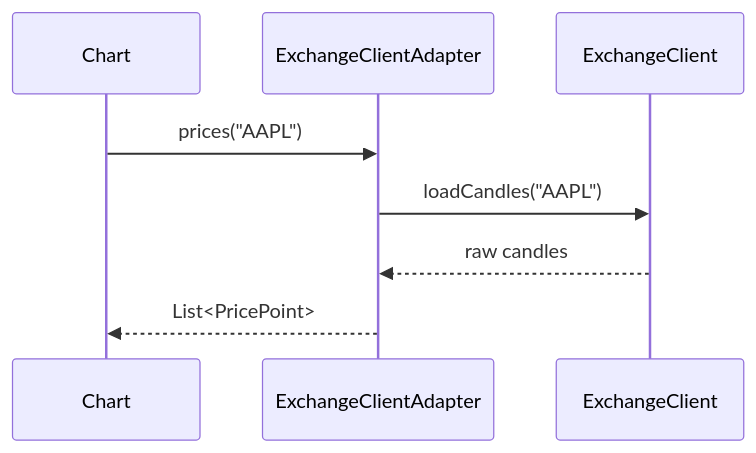
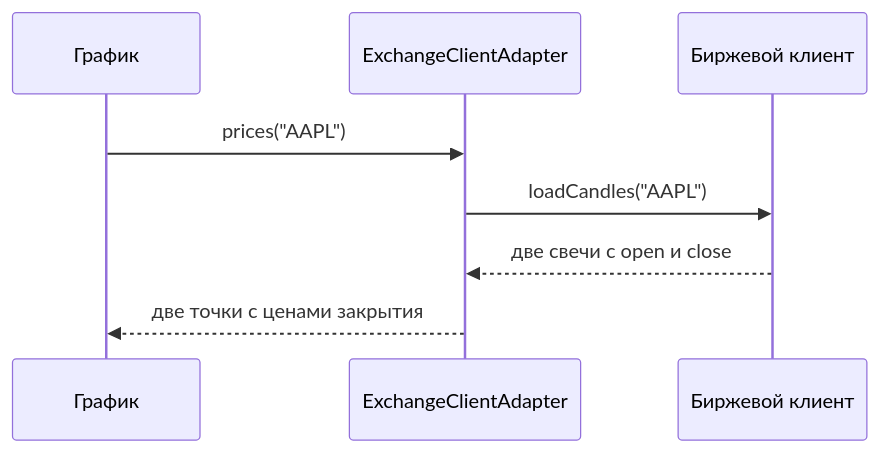
Before and after one commit to Kert0n/KPO: the first of 7 diagrams in content/lectures/Lec6/vitepress.md, drawn with Mermaid. The commit also changed other lines of this file, not shown here.

````diff
--- a/content/lectures/Lec6/vitepress.md
+++ b/content/lectures/Lec6/vitepress.md
@@ -357,11 +63,10 @@
 ```mermaid
 sequenceDiagram
-  participant Chart as Chart
+  participant Chart as График
   participant Adapter as ExchangeClientAdapter
-  participant Client as ExchangeClient
-
+  participant Exchange as Биржевой клиент
   Chart->>Adapter: prices("AAPL")
-  Adapter->>Client: loadCandles("AAPL")
-  Client-->>Adapter: raw candles
-  Adapter-->>Chart: List<PricePoint>
+  Adapter->>Exchange: loadCandles("AAPL")
+  Exchange-->>Adapter: две свечи с open и close
+  Adapter-->>Chart: две точки с ценами закрытия
 ```
````
